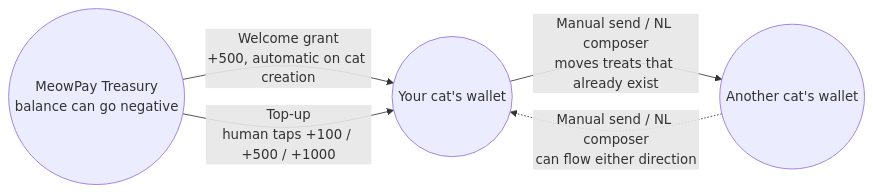
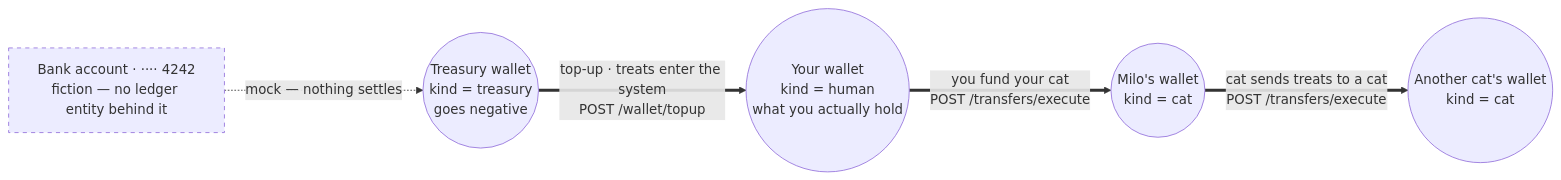
One commit to aahadaazar/meowpay changed the second of 2 diagrams in README.md. Above: the diagram before and after it, drawn with Mermaid. The commit also changed other lines of this file, not shown here.

First line of the commit message:
docs(m12): redraw the README diagram as a system design

````diff
--- a/README.md
+++ b/README.md
@@ -27,11 +82,16 @@
 ```mermaid
 flowchart LR
-    T(("MeowPay Treasury<br/>balance can go negative"))
-    C1(("Your cat's wallet"))
-    C2(("Another cat's wallet"))
+    BANK["Bank account · ···· 4242<br/>fiction — no ledger entity behind it"]
 
-    T -- "Welcome grant<br/>+500, automatic on cat creation" --> C1
-    T -- "Top-up<br/>human taps +100 / +500 / +1000" --> C1
-    C1 -- "Manual send / NL composer<br/>moves treats that already exist" --> C2
-    C2 -. "Manual send / NL composer<br/>can flow either direction" .-> C1
+    T(("Treasury wallet<br/>kind = treasury<br/>goes negative"))
+    H(("Your wallet<br/>kind = human<br/>what you actually hold"))
+    C1(("Milo's wallet<br/>kind = cat"))
+    C2(("Another cat's wallet<br/>kind = cat"))
+
+    BANK -. "mock — nothing settles" .-> T
+    T == "top-up · treats enter the system<br/>POST /wallet/topup" ==> H
+    H == "you fund your cat<br/>POST /transfers/execute" ==> C1
+    C1 == "cat sends treats to a cat<br/>POST /transfers/execute" ==> C2
+
+    style BANK stroke-dasharray: 5 5
 ```
````
